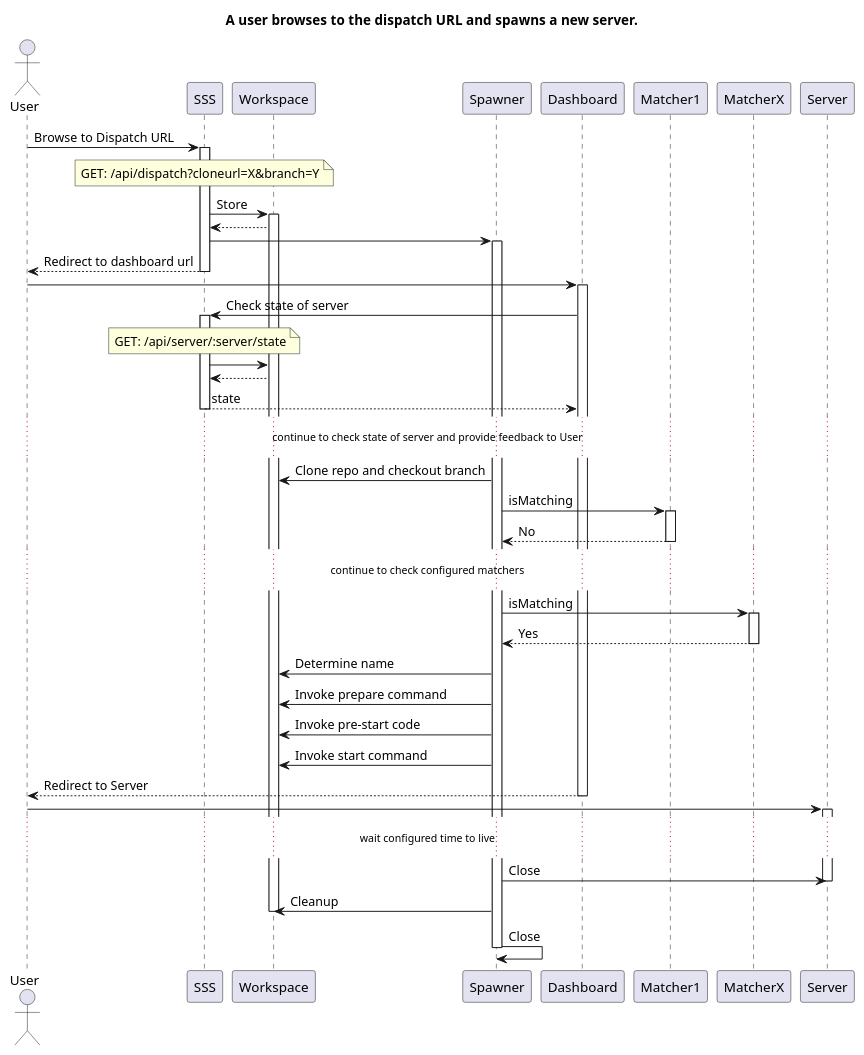
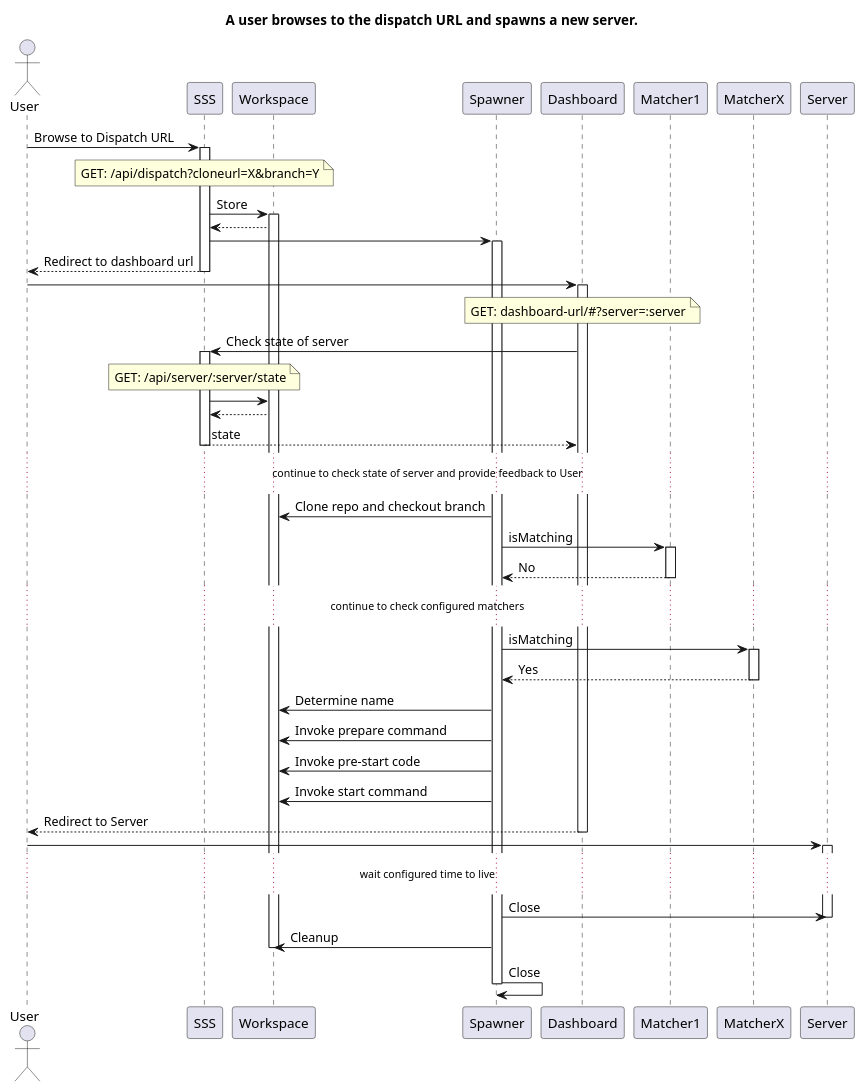
Before and after one commit to tomasbjerre/serverless-server-spawner: the diagram in flow.plantuml, drawn with PlantUML. The commit also changed 2 other files, not shown here.

Commit message:
dashboard-url

```diff
--- a/flow.plantuml
+++ b/flow.plantuml
@@ -1,59 +1,60 @@
 @startuml
 actor User
 
 title A user browses to the dispatch URL and spawns a new server.
 
 User -> SSS: Browse to Dispatch URL
 activate SSS
 note over SSS: GET: /api/dispatch?cloneurl=X&branch=Y
 SSS -> Workspace: Store
 activate Workspace
 Workspace --> SSS
 SSS -> Spawner
 activate Spawner
 SSS --> User: Redirect to dashboard url
 deactivate SSS
 
 User -> Dashboard
+note over Dashboard: GET: dashboard-url/#?server=:server
 activate Dashboard
 Dashboard -> SSS: Check state of server
 note over SSS: GET: /api/server/:server/state
 activate SSS
 SSS -> Workspace
 Workspace --> SSS
 SSS --> Dashboard: state
 deactivate SSS
 
 ... continue to check state of server and provide feedback to User ...
 
 Spawner -> Workspace: Clone repo and checkout branch
 Spawner -> Matcher1: isMatching
 activate Matcher1
 Matcher1 --> Spawner: No
 deactivate Matcher1
 
 ... continue to check configured matchers ...
 
 Spawner -> MatcherX: isMatching
 activate MatcherX
 MatcherX --> Spawner: Yes
 deactivate MatcherX
 Spawner -> Workspace: Determine name
 Spawner -> Workspace: Invoke prepare command
 Spawner -> Workspace: Invoke pre-start code
 Spawner -> Workspace: Invoke start command
 
 Dashboard --> User: Redirect to Server
 deactivate Dashboard
 User -> Server
 activate Server
 
 ... wait configured time to live ...
 
 Spawner -> Server: Close
 deactivate Server
 Spawner -> Workspace: Cleanup
 deactivate Workspace
 Spawner -> Spawner: Close
 deactivate Spawner
 @enduml
```
